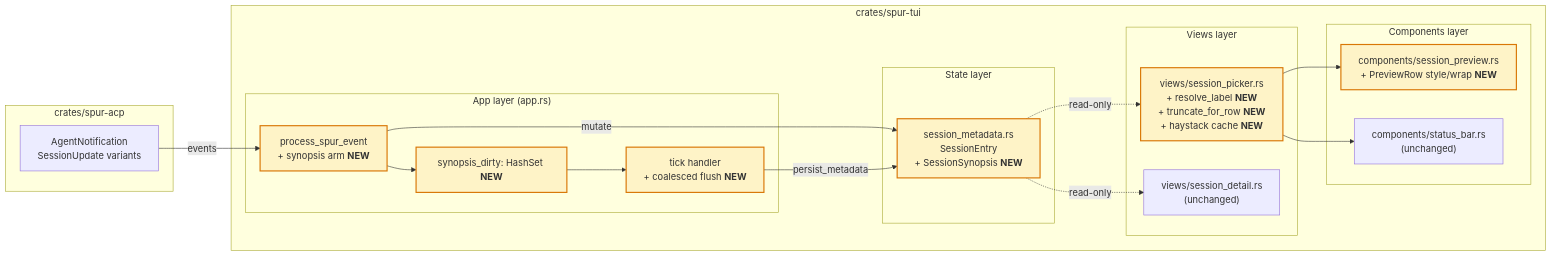
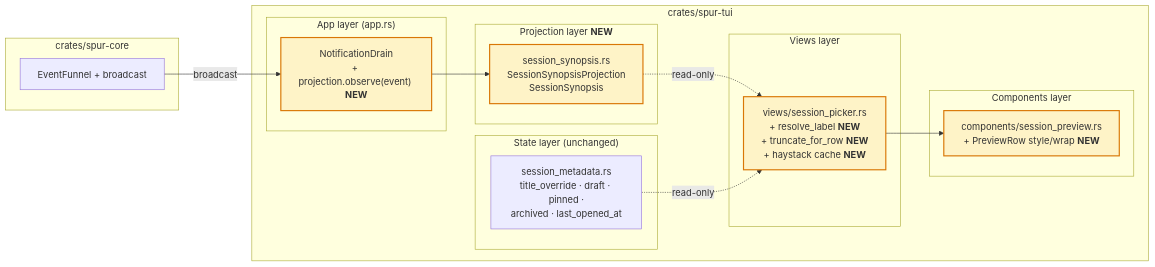
One commit to getspur/spur changed the second of 3 diagrams in docs/superpowers/specs/2026-04-28-session-picker-recall-revamp-design.md. Above: the diagram before and after it, drawn with Mermaid. The commit also changed other lines of this file, not shown here.

First line of the commit message:
docs(spec): pivot picker recall to projection pattern

````diff
--- a/docs/superpowers/specs/2026-04-28-session-picker-recall-revamp-design.md
+++ b/docs/superpowers/specs/2026-04-28-session-picker-recall-revamp-design.md
@@ -102,41 +119,37 @@
 ```mermaid
 flowchart LR
-    subgraph spur_acp["crates/spur-acp"]
-        ACPTypes["AgentNotification<br/>SessionUpdate variants"]
+    subgraph spur_core["crates/spur-core"]
+        Funnel["EventFunnel + broadcast"]
     end
 
     subgraph spur_tui["crates/spur-tui"]
         subgraph appLayer["App layer (app.rs)"]
-            AppEvent["process_spur_event<br/>+ synopsis arm <b>NEW</b>"]
-            AppFlush["tick handler<br/>+ coalesced flush <b>NEW</b>"]
-            Dirty["synopsis_dirty: HashSet <b>NEW</b>"]
+            AppPump["NotificationDrain<br/>+ projection.observe(event) <b>NEW</b>"]
         end
 
-        subgraph stateLayer["State layer"]
-            SM["session_metadata.rs<br/>SessionEntry<br/>+ SessionSynopsis <b>NEW</b>"]
+        subgraph projLayer["Projection layer <b>NEW</b>"]
+            Proj["session_synopsis.rs<br/>SessionSynopsisProjection<br/>SessionSynopsis"]
+        end
+
+        subgraph stateLayer["State layer (unchanged)"]
+            SM["session_metadata.rs<br/>title_override · draft · pinned ·<br/>archived · last_opened_at"]
         end
 
         subgraph viewsLayer["Views layer"]
             Picker["views/session_picker.rs<br/>+ resolve_label <b>NEW</b><br/>+ truncate_for_row <b>NEW</b><br/>+ haystack cache <b>NEW</b>"]
-            Detail["views/session_detail.rs<br/>(unchanged)"]
         end
 
         subgraph componentsLayer["Components layer"]
             PreviewC["components/session_preview.rs<br/>+ PreviewRow style/wrap <b>NEW</b>"]
-            StatusBar["components/status_bar.rs<br/>(unchanged)"]
         end
     end
 
-    ACPTypes -->|events| AppEvent
-    AppEvent -->|mutate| SM
-    AppEvent --> Dirty
-    Dirty --> AppFlush
-    AppFlush -->|persist_metadata| SM
+    Funnel -->|broadcast| AppPump
+    AppPump --> Proj
+    Proj -.read-only.-> Picker
     SM -.read-only.-> Picker
-    SM -.read-only.-> Detail
     Picker --> PreviewC
-    Picker --> StatusBar
 
     classDef new fill:#fef3c7,stroke:#d97706,stroke-width:2px
-    class AppEvent,AppFlush,Dirty,SM,Picker,PreviewC new
+    class AppPump,Proj,Picker,PreviewC new
 ```
````
